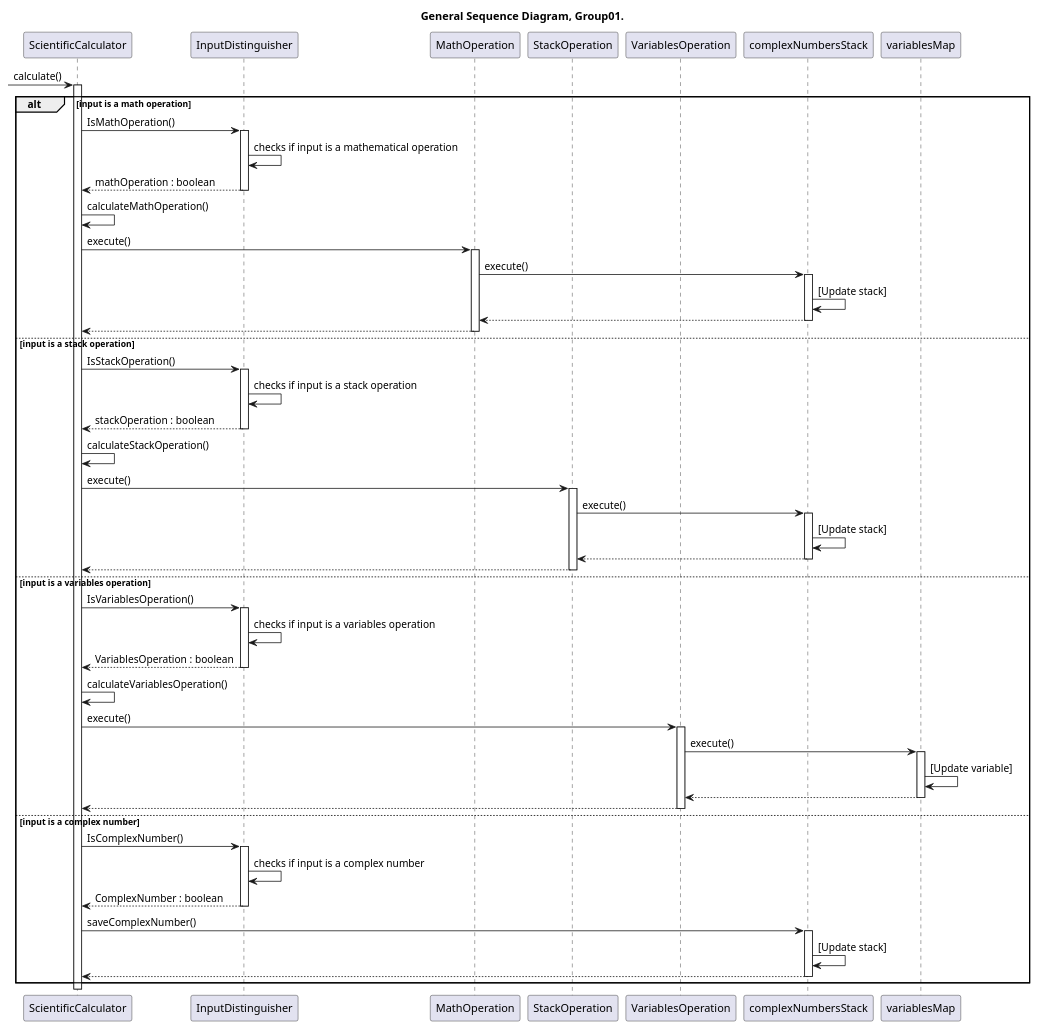
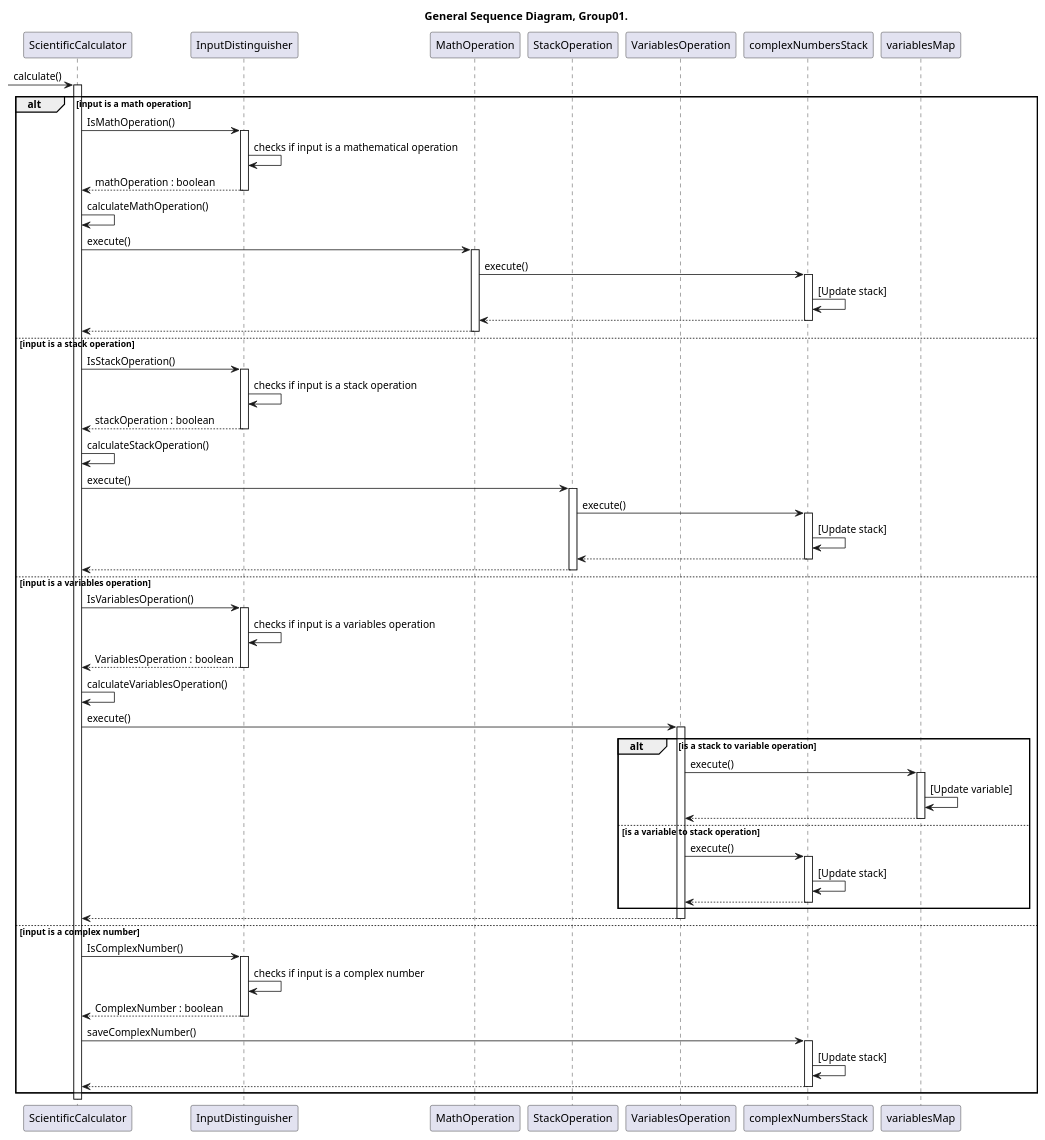
Before and after one commit to CiroCutolo/Scientific_Calculator_group01_2023: the diagram in sequence_diagram/General_SequenceDiagram_Group01.puml, drawn with PlantUML. The commit also changed 3 other files, not shown here.

Commit message:
modified the sequence diagram for VariablesOp

```diff
--- a/sequence_diagram/General_SequenceDiagram_Group01.puml
+++ b/sequence_diagram/General_SequenceDiagram_Group01.puml
@@ -1,97 +1,105 @@
 @startuml General_SequenceDiagram_Group01
 
 title General Sequence Diagram, Group01.
 
 participant ScientificCalculator as calc
 participant InputDistinguisher as input
 participant MathOperation as math
 participant StackOperation as stack
 participant VariablesOperation as Variables
 participant complexNumbersStack as num_stack
 participant variablesMap as var_map
 
 -> calc:calculate()
 activate calc
 
 
 ' math op case starts
 alt input is a math operation
 
 calc -> input : IsMathOperation()
 activate input
 input -> input : checks if input is a mathematical operation
 input --> calc : mathOperation : boolean
 deactivate input
 
 calc -> calc : calculateMathOperation()
 calc -> math : execute()
 activate math
 math -> num_stack : execute()
 activate num_stack
 num_stack -> num_stack : [Update stack]
 num_stack --> math
 deactivate num_stack
 math --> calc
 deactivate math
 
 
 
 ' stack op case starts
 else input is a stack operation
 
 calc -> input : IsStackOperation()
 activate input
 input -> input : checks if input is a stack operation
 input --> calc : stackOperation : boolean
 deactivate input
 
 calc -> calc : calculateStackOperation()
 calc -> stack : execute()
 activate stack
 stack -> num_stack : execute()
 activate num_stack
 num_stack -> num_stack : [Update stack]
 num_stack --> stack
 deactivate num_stack
 stack --> calc
 deactivate stack
 
 
 ' variables op case starts
 else input is a variables operation
 
 calc -> input : IsVariablesOperation()
 activate input
 input -> input : checks if input is a variables operation
 input --> calc : VariablesOperation : boolean
 deactivate input
 
 calc -> calc : calculateVariablesOperation()
 calc -> Variables : execute()
 activate Variables
+alt is a stack to variable operation
 Variables -> var_map : execute()
 activate var_map
 var_map -> var_map : [Update variable]
 var_map --> Variables
 deactivate var_map
+else is a variable to stack operation
+Variables -> num_stack : execute()
+activate num_stack
+num_stack -> num_stack : [Update stack]
+num_stack -->Variables
+deactivate num_stack
+end
 Variables --> calc
 deactivate Variables
 
 
 ' complex number case starts
 else input is a complex number 
 
 calc -> input : IsComplexNumber()
 activate input
 input -> input : checks if input is a complex number
 input --> calc : ComplexNumber : boolean
 deactivate input
 
 calc -> num_stack : saveComplexNumber()
 activate num_stack
 num_stack -> num_stack : [Update stack]
 num_stack --> calc
 deactivate num_stack
 end
 
 @enduml
```
